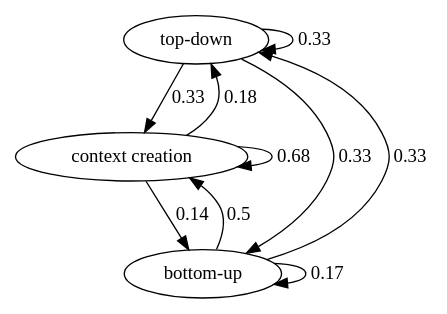
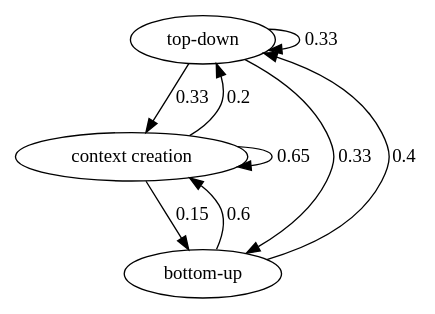
One commit to dorisjlee/ZV-paper changed the diagram in analysis/matsci_break.dot. Above: the diagram before and after it, drawn with Graphviz. The commit also changed 35 other files, not shown here.

```diff
--- a/analysis/matsci_break.dot
+++ b/analysis/matsci_break.dot
@@ -1,14 +1,13 @@
 digraph  {
 "top-down";
 "context creation";
 "bottom-up";
 "top-down" -> "top-down"  [weight="0.3333333333333333", label="0.33"];
 "top-down" -> "context creation"  [weight="0.3333333333333333", label="0.33"];
 "top-down" -> "bottom-up"  [weight="0.3333333333333333", label="0.33"];
-"context creation" -> "top-down"  [weight="0.18181818181818182", label="0.18"];
-"context creation" -> "context creation"  [weight="0.6818181818181818", label="0.68"];
-"context creation" -> "bottom-up"  [weight="0.13636363636363635", label="0.14"];
-"bottom-up" -> "top-down"  [weight="0.3333333333333333", label="0.33"];
-"bottom-up" -> "context creation"  [weight="0.5", label="0.5"];
-"bottom-up" -> "bottom-up"  [weight="0.16666666666666666", label="0.17"];
+"context creation" -> "top-down"  [weight="0.2", label="0.2"];
+"context creation" -> "context creation"  [weight="0.65", label="0.65"];
+"context creation" -> "bottom-up"  [weight="0.15", label="0.15"];
+"bottom-up" -> "top-down"  [weight="0.4", label="0.4"];
+"bottom-up" -> "context creation"  [weight="0.6", label="0.6"];
 }
```
